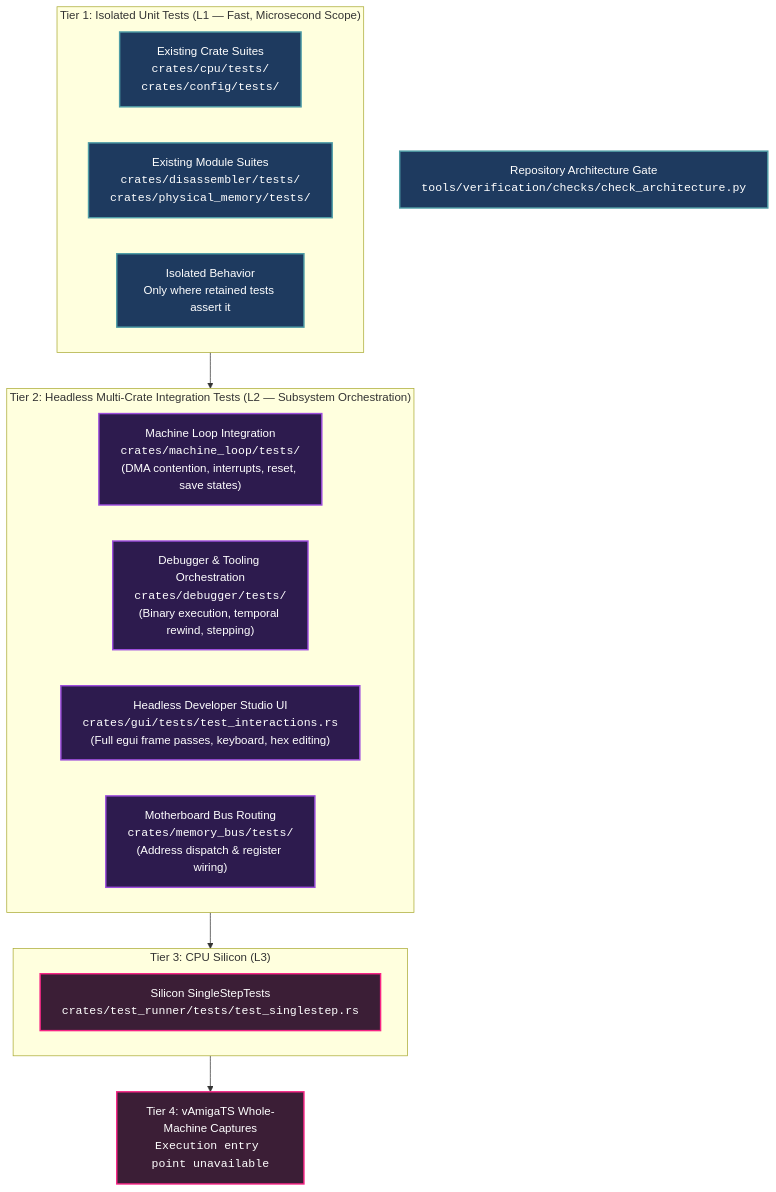
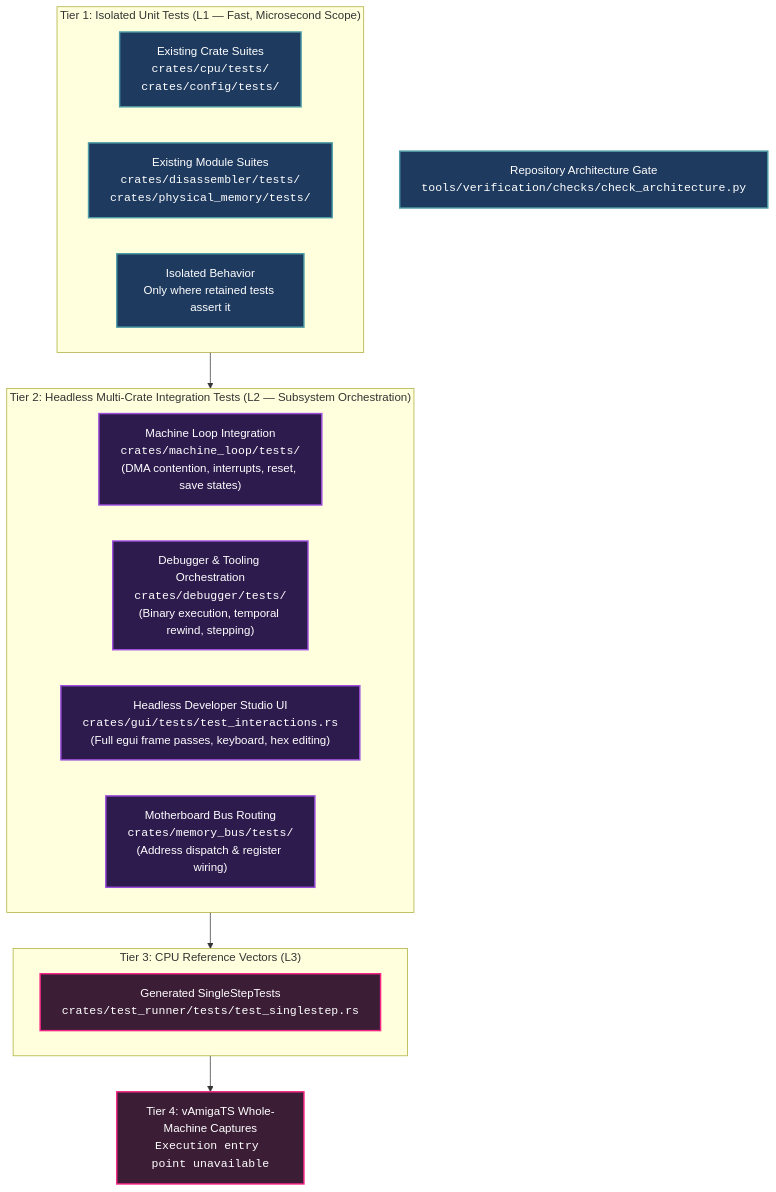
The diagram in Obsidian/Amiga/Design/Verification/Testing Strategy and Quality Assurance.md (tomek-anuszkiewicz/amiga-studio), drawn with Mermaid before and after one commit. The commit also changed other lines of this file and 36 other files, not shown here.

First line of the commit message:
fix(cpu): correct DBcc expiry timing and reference coverage

````diff
--- a/Obsidian/Amiga/Design/Verification/Testing Strategy and Quality Assurance.md
+++ b/Obsidian/Amiga/Design/Verification/Testing Strategy and Quality Assurance.md
@@ -62,29 +62,29 @@
 ```mermaid
 graph TD
     classDef t1 fill:#1e3a5f,stroke:#4f9da6,stroke-width:2px,color:#ffffff;
     classDef t2 fill:#2d1b4e,stroke:#9d4edd,stroke-width:2px,color:#ffffff;
     classDef t3 fill:#3b1e36,stroke:#f72585,stroke-width:2px,color:#ffffff;
 
     subgraph Tier1["Tier 1: Isolated Unit Tests (L1 — Fast, Microsecond Scope)"]
         U1["Existing Crate Suites<br/><code>crates/cpu/tests/</code><br/><code>crates/config/tests/</code>"]:::t1
         U2["Existing Module Suites<br/><code>crates/disassembler/tests/</code><br/><code>crates/physical_memory/tests/</code>"]:::t1
         U3["Isolated Behavior<br/>Only where retained tests assert it"]:::t1
     end
 
     subgraph Tier2["Tier 2: Headless Multi-Crate Integration Tests (L2 — Subsystem Orchestration)"]
         I1["Machine Loop Integration<br/><code>crates/machine_loop/tests/</code><br/>(DMA contention, interrupts, reset, save states)"]:::t2
         I2["Debugger & Tooling Orchestration<br/><code>crates/debugger/tests/</code><br/>(Binary execution, temporal rewind, stepping)"]:::t2
         I3["Headless Developer Studio UI<br/><code>crates/gui/tests/test_interactions.rs</code><br/>(Full egui frame passes, keyboard, hex editing)"]:::t2
         I4["Motherboard Bus Routing<br/><code>crates/memory_bus/tests/</code><br/>(Address dispatch & register wiring)"]:::t2
     end
 
-    subgraph Tier3["Tier 3: CPU Silicon (L3)"]
-        V1["Silicon SingleStepTests<br/><code>crates/test_runner/tests/test_singlestep.rs</code>"]:::t3
+    subgraph Tier3["Tier 3: CPU Reference Vectors (L3)"]
+        V1["Generated SingleStepTests<br/><code>crates/test_runner/tests/test_singlestep.rs</code>"]:::t3
     end
 
     V3["Tier 4: vAmigaTS Whole-Machine Captures<br/><code>Execution entry point unavailable</code>"]:::t3
     A1["Repository Architecture Gate<br/><code>tools/verification/checks/check_architecture.py</code>"]:::t1
     Tier1 --> Tier2
     Tier2 --> Tier3
     Tier3 --> V3
 ```
````
